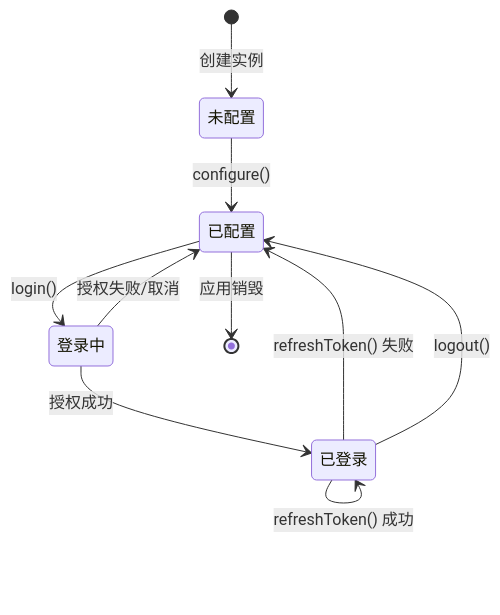
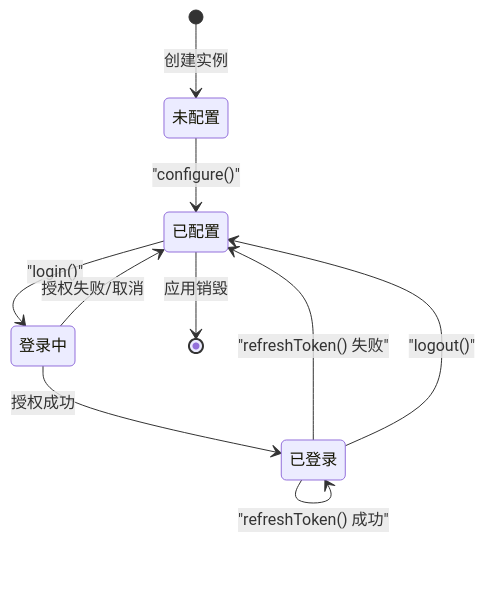
Before and after one commit to yrickwong/xhs-login-sdk: the diagram in diagrams/08-lifecycle.mmd, drawn with Mermaid. The commit also changed 2 other files, not shown here.

Commit message:
Fix remaining Mermaid syntax errors for GitHub compatibility
- Quote all node names containing parentheses and special characters
- Fix sections 6, 7, and 8 diagram syntax issues
- Test all diagrams locally to ensure proper rendering
- Update both source .mmd files and generated PNG images

🤖 Generated with [Claude Code](https://claude.ai/code)

```diff
--- a/diagrams/08-lifecycle.mmd
+++ b/diagrams/08-lifecycle.mmd
@@ -1,11 +1,11 @@
 stateDiagram-v2
     [*] --> 未配置: 创建实例
-    未配置 --> 已配置: configure()
-    已配置 --> 登录中: login()
+    未配置 --> 已配置: "configure()"
+    已配置 --> 登录中: "login()"
     登录中 --> 已登录: 授权成功
     登录中 --> 已配置: 授权失败/取消
-    已登录 --> 已登录: getUserInfo()
-    已登录 --> 已登录: refreshToken() 成功
-    已登录 --> 已配置: refreshToken() 失败
-    已登录 --> 已配置: logout()
+    已登录 --> 已登录: "getUserInfo()"
+    已登录 --> 已登录: "refreshToken() 成功"
+    已登录 --> 已配置: "refreshToken() 失败"
+    已登录 --> 已配置: "logout()"
     已配置 --> [*]: 应用销毁
```
